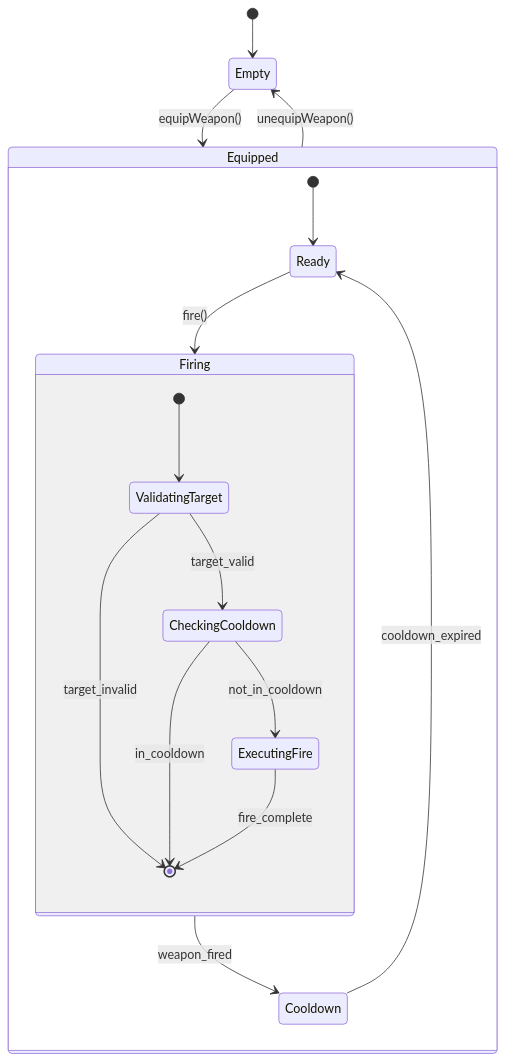
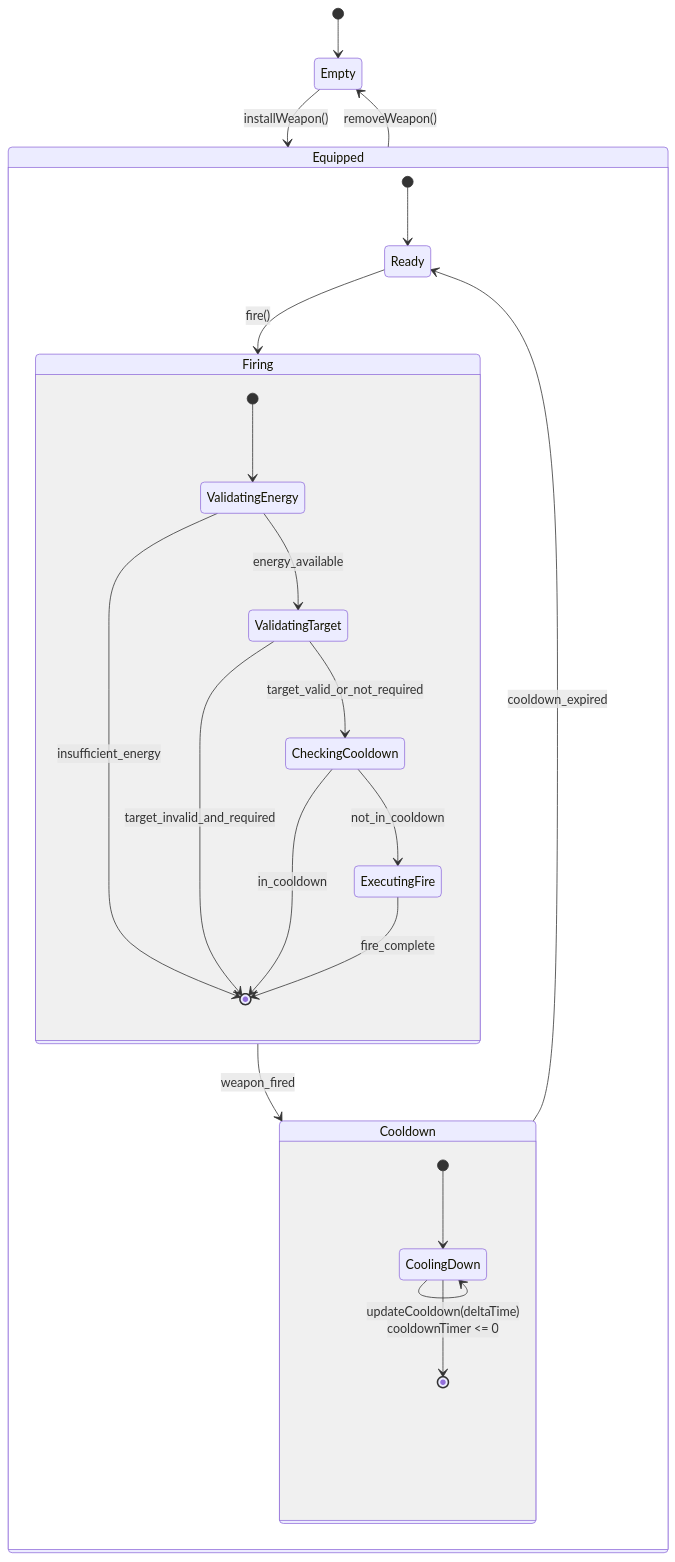
Diagram 21 of 24 in docs/system_architecture.md (thoracle/planetz), drawn with Mermaid before and after one commit. The commit also changed other lines of this file and 9 other files, not shown here.

````diff
--- a/docs/system_architecture.md
+++ b/docs/system_architecture.md
@@ -1125,23 +1238,31 @@
 ```mermaid
 stateDiagram-v2
     [*] --> Empty
     
-    Empty --> Equipped : equipWeapon()
-    Equipped --> Empty : unequipWeapon()
+    Empty --> Equipped : installWeapon()
+    Equipped --> Empty : removeWeapon()
     
     state Equipped {
         [*] --> Ready
         Ready --> Firing : fire()
         Firing --> Cooldown : weapon_fired
         Cooldown --> Ready : cooldown_expired
         
         state Firing {
-            [*] --> ValidatingTarget
-            ValidatingTarget --> CheckingCooldown : target_valid
-            ValidatingTarget --> [*] : target_invalid
+            [*] --> ValidatingEnergy
+            ValidatingEnergy --> ValidatingTarget : energy_available
+            ValidatingEnergy --> [*] : insufficient_energy
+            ValidatingTarget --> CheckingCooldown : target_valid_or_not_required
+            ValidatingTarget --> [*] : target_invalid_and_required
             CheckingCooldown --> ExecutingFire : not_in_cooldown
             CheckingCooldown --> [*] : in_cooldown
             ExecutingFire --> [*] : fire_complete
         }
+        
+        state Cooldown {
+            [*] --> CoolingDown
+            CoolingDown --> CoolingDown : updateCooldown(deltaTime)
+            CoolingDown --> [*] : cooldownTimer <= 0
+        }
     }
 ```
````
